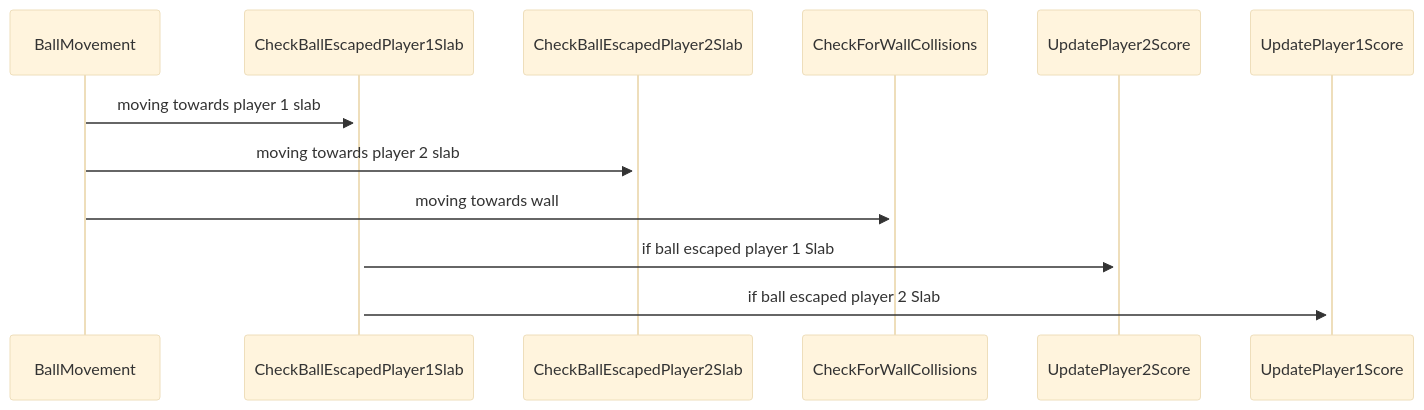
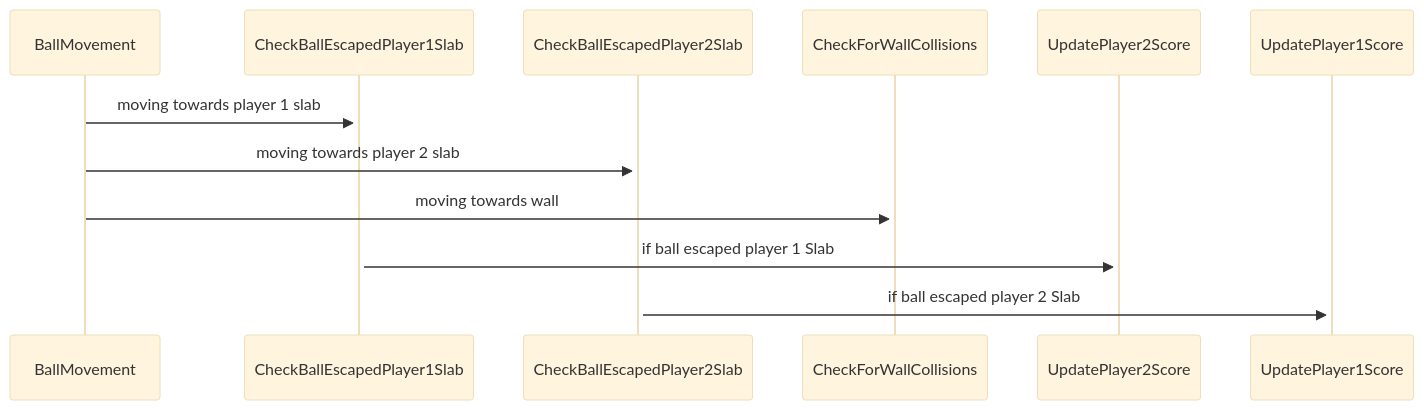
The second of 4 diagrams in Stage0/sequence-start.md (Engin-Boot/pong-stage-HarishMurugancoolz), drawn with Mermaid (base theme) before and after one commit. The commit also changed other lines of this file, not shown here.

````diff
--- a/Stage0/sequence-start.md
+++ b/Stage0/sequence-start.md
@@ -14,8 +14,8 @@
 ```mermaid
 sequenceDiagram
   BallMovement->>+CheckBallEscapedPlayer1Slab:moving towards player 1 slab
   BallMovement->>+CheckBallEscapedPlayer2Slab:moving towards player 2 slab
   BallMovement->>+CheckForWallCollisions:moving towards wall
   CheckBallEscapedPlayer1Slab->>+UpdatePlayer2Score:if ball escaped player 1 Slab
-  CheckBallEscapedPlayer1Slab->>+UpdatePlayer1Score:if ball escaped player 2 Slab
+  CheckBallEscapedPlayer2Slab->>+UpdatePlayer1Score:if ball escaped player 2 Slab
 ```
````
